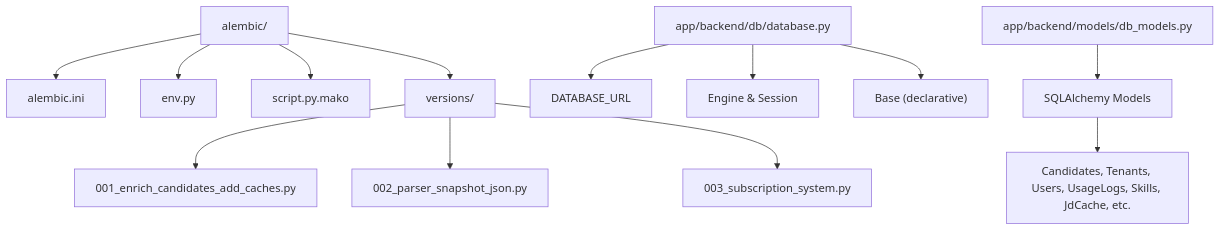
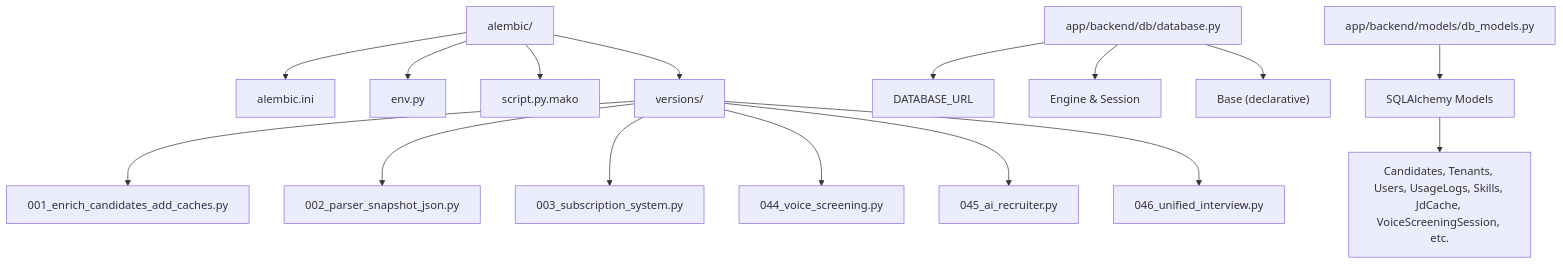
Before and after one commit to Revanththetalogics/aireume: the first of 6 diagrams in .qoder/repowiki/en/content/Database Design/Migration Management.md, drawn with Mermaid. The commit also changed other lines of this file and 32 other files, not shown here.

````diff
--- a/.qoder/repowiki/en/content/Database Design/Migration Management.md
+++ b/.qoder/repowiki/en/content/Database Design/Migration Management.md
@@ -39,15 +52,18 @@
 ```mermaid
 graph TB
 A["alembic/"] --> A1["alembic.ini"]
 A --> A2["env.py"]
 A --> A3["script.py.mako"]
 A --> A4["versions/"]
 A4 --> A4a["001_enrich_candidates_add_caches.py"]
 A4 --> A4b["002_parser_snapshot_json.py"]
 A4 --> A4c["003_subscription_system.py"]
+A4 --> A4d["044_voice_screening.py"]
+A4 --> A4e["045_ai_recruiter.py"]
+A4 --> A4f["046_unified_interview.py"]
 B["app/backend/db/database.py"] --> B1["DATABASE_URL"]
 B --> B2["Engine & Session"]
 B --> B3["Base (declarative)"]
 C["app/backend/models/db_models.py"] --> C1["SQLAlchemy Models"]
-C1 --> C2["Candidates, Tenants, Users, UsageLogs, Skills, JdCache, etc."]
+C1 --> C2["Candidates, Tenants, Users, UsageLogs, Skills, JdCache, VoiceScreeningSession, etc."]
 ```
````
